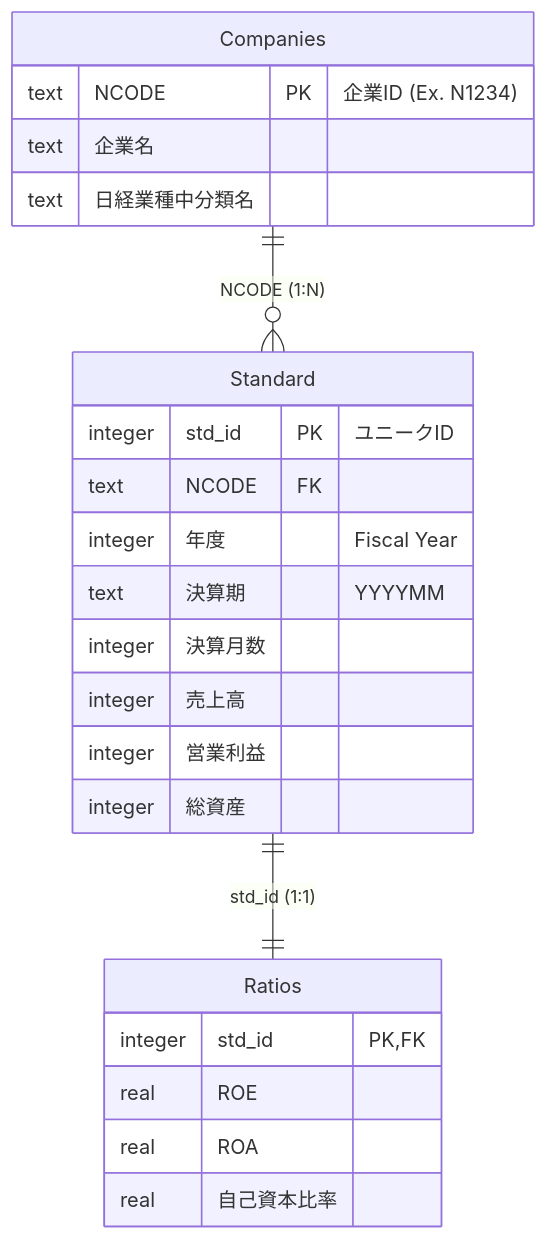
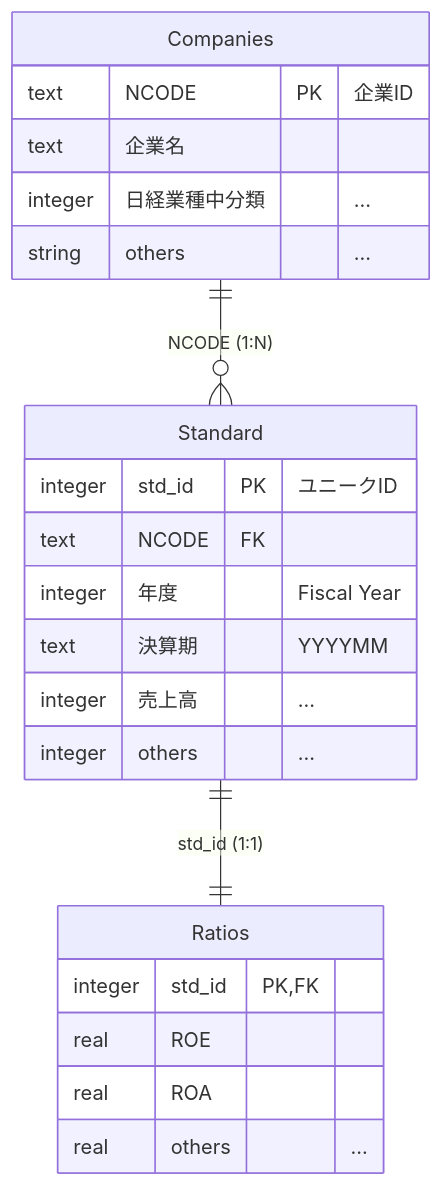
One commit to ugohsu/colab-fqdata changed the diagram in docs/standard_schema.md. Above: the diagram before and after it, drawn with Mermaid. The commit also changed other lines of this file, not shown here.

Commit message:
修正

````diff
--- a/docs/standard_schema.md
+++ b/docs/standard_schema.md
@@ -8,28 +8,27 @@
 ```mermaid
 erDiagram
     Companies ||--o{ Standard : "NCODE (1:N)"
     Standard ||--|| Ratios : "std_id (1:1)"
 
     Companies {
-        text NCODE PK "企業ID (Ex. N1234)"
+        text NCODE PK "企業ID"
         text 企業名
-        text 日経業種中分類名
+        integer 日経業種中分類 "..."
+        string others "..."
     }
     Standard {
         integer std_id PK "ユニークID"
         text NCODE FK
         integer 年度 "Fiscal Year"
         text 決算期 "YYYYMM"
-        integer 決算月数
-        integer 売上高
-        integer 営業利益
-        integer 総資産
+        integer 売上高 "..."
+        integer others "..."
     }
     Ratios {
         integer std_id PK,FK
         real ROE
         real ROA
-        real 自己資本比率
+        real others "..."
     }
 
 ```
````
